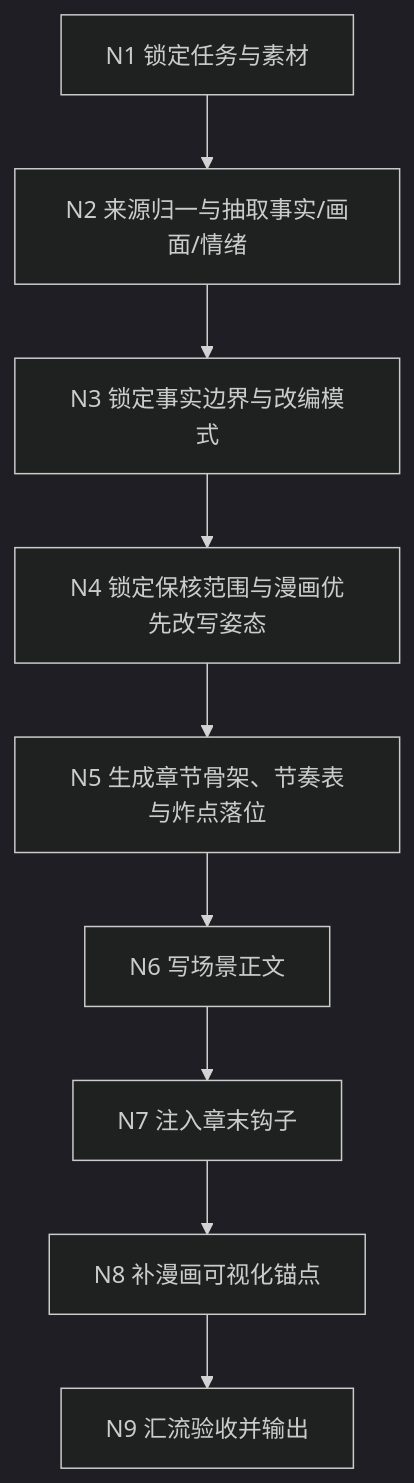
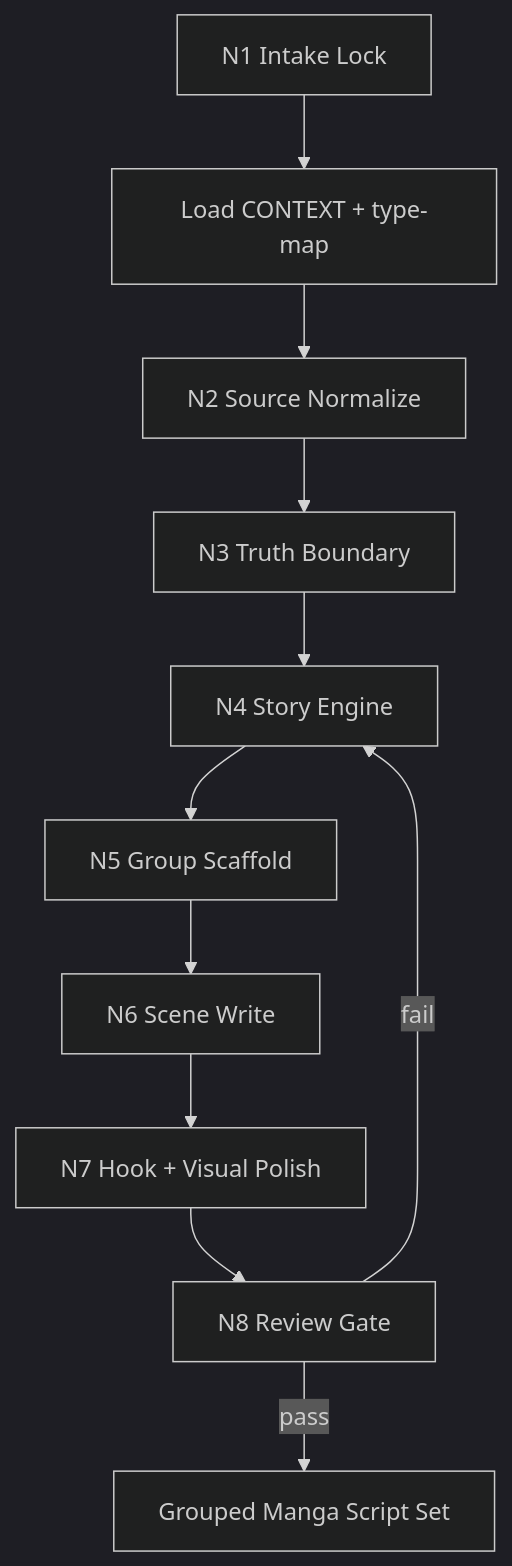
Before and after one commit to ZEN-VOID/AI-CUT: the diagram in .agents/skills/comic/1-漫画剧本改编/SKILL.md, drawn with Mermaid (dark theme). The commit also changed other lines of this file and 173 other files, not shown here.

````diff
--- a/.agents/skills/comic/1-漫画剧本改编/SKILL.md
+++ b/.agents/skills/comic/1-漫画剧本改编/SKILL.md
@@ -281,11 +105,13 @@
 ```mermaid
 flowchart TD
-    A["N1 锁定任务与素材"] --> B["N2 来源归一与抽取事实/画面/情绪"]
-    B --> C["N3 锁定事实边界与改编模式"]
-    C --> D["N4 锁定保核范围与漫画优先改写姿态"]
-    D --> E["N5 生成章节骨架、节奏表与炸点落位"]
-    E --> F["N6 写场景正文"]
-    F --> G["N7 注入章末钩子"]
-    G --> H["N8 补漫画可视化锚点"]
-    H --> I["N9 汇流验收并输出"]
+    A["N1 Intake Lock"] --> B["Load CONTEXT + type-map"]
+    B --> C["N2 Source Normalize"]
+    C --> D["N3 Truth Boundary"]
+    D --> E["N4 Story Engine"]
+    E --> F["N5 Group Scaffold"]
+    F --> G["N6 Scene Write"]
+    G --> H["N7 Hook + Visual Polish"]
+    H --> I["N8 Review Gate"]
+    I -->|"pass"| J["Grouped Manga Script Set"]
+    I -->|"fail"| E
 ```
````
